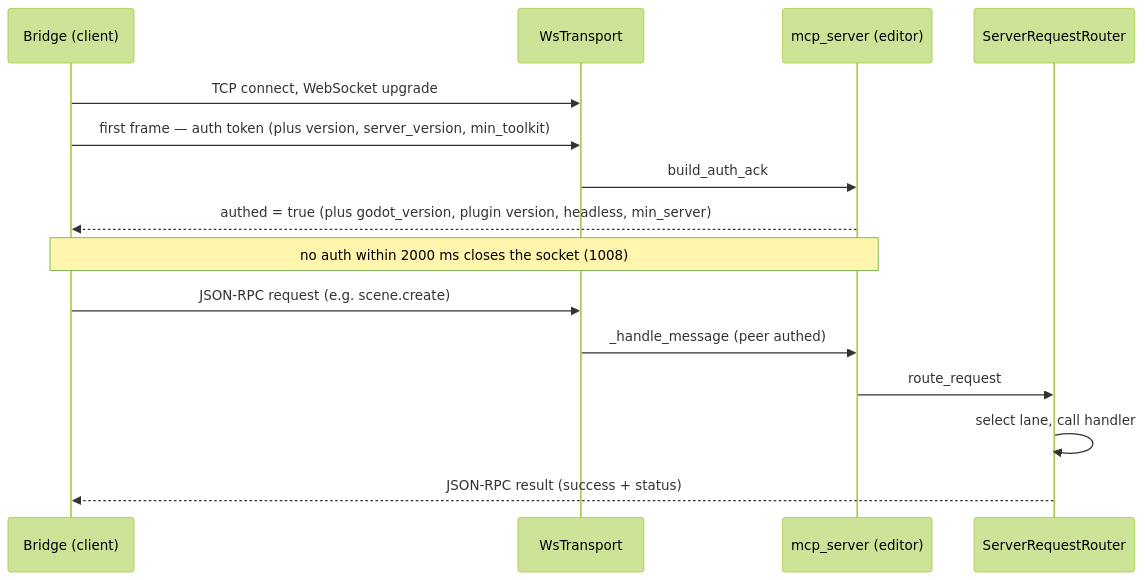
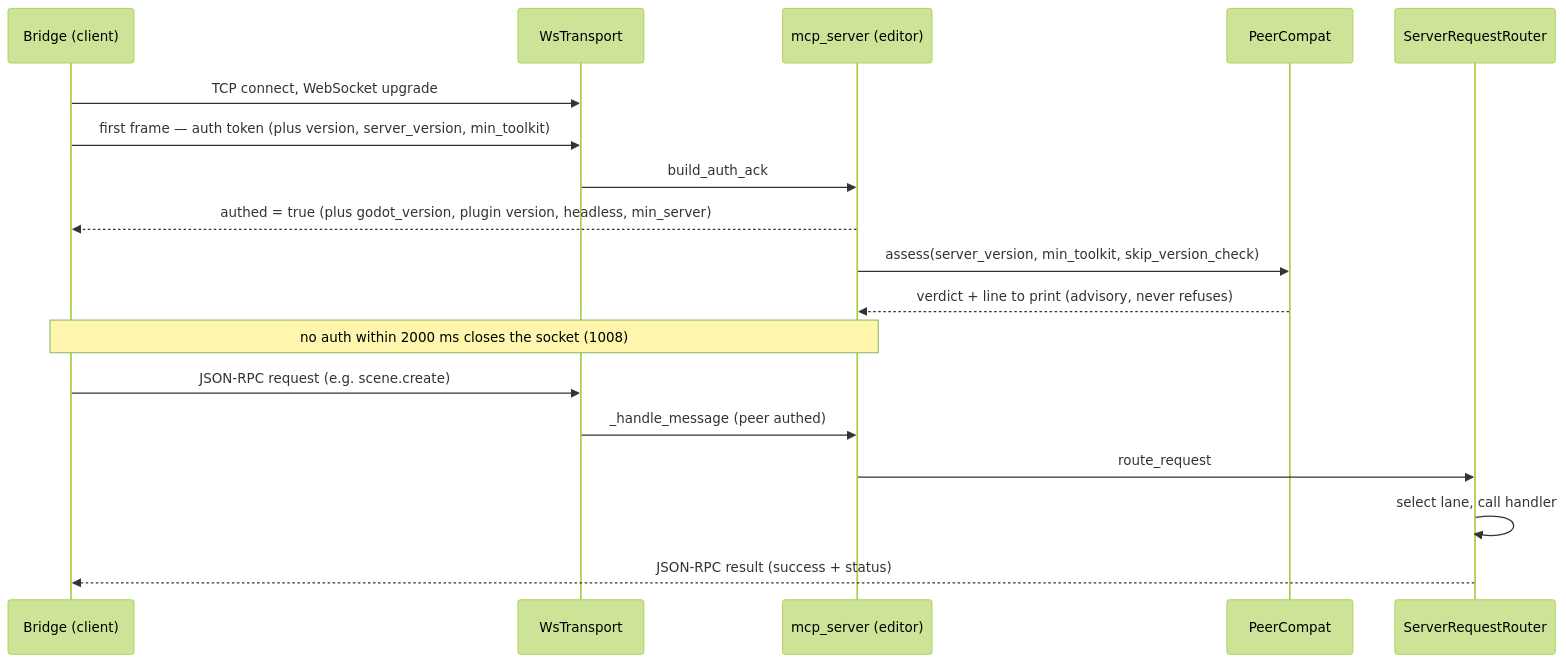
Before and after one commit to NPGameDev/godot-mcp-toolkit: the third of 13 diagrams in docs/architecture/README.md, drawn with Mermaid (forest theme). The commit also changed other lines of this file and 1 other file, not shown here.

First line of the commit message:
docs(arch): re-attest the handshake, taint and lifecycle figures at the floor check

````diff
--- a/docs/architecture/README.md
+++ b/docs/architecture/README.md
@@ -215,17 +216,20 @@
 ```mermaid
 sequenceDiagram
     participant C as Bridge (client)
     participant T as WsTransport
     participant S as mcp_server (editor)
+    participant P as PeerCompat
     participant R as ServerRequestRouter
     C->>T: TCP connect, WebSocket upgrade
     C->>T: first frame — auth token (plus version, server_version, min_toolkit)
     T->>S: build_auth_ack
     S-->>C: authed = true (plus godot_version, plugin version, headless, min_server)
+    S->>P: assess(server_version, min_toolkit, skip_version_check)
+    P-->>S: verdict + line to print (advisory, never refuses)
     Note over C,S: no auth within 2000 ms closes the socket (1008)
     C->>T: JSON-RPC request (e.g. scene.create)
     T->>S: _handle_message (peer authed)
     S->>R: route_request
     R->>R: select lane, call handler
     R-->>C: JSON-RPC result (success + status)
 ```
````
